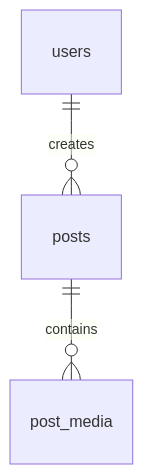
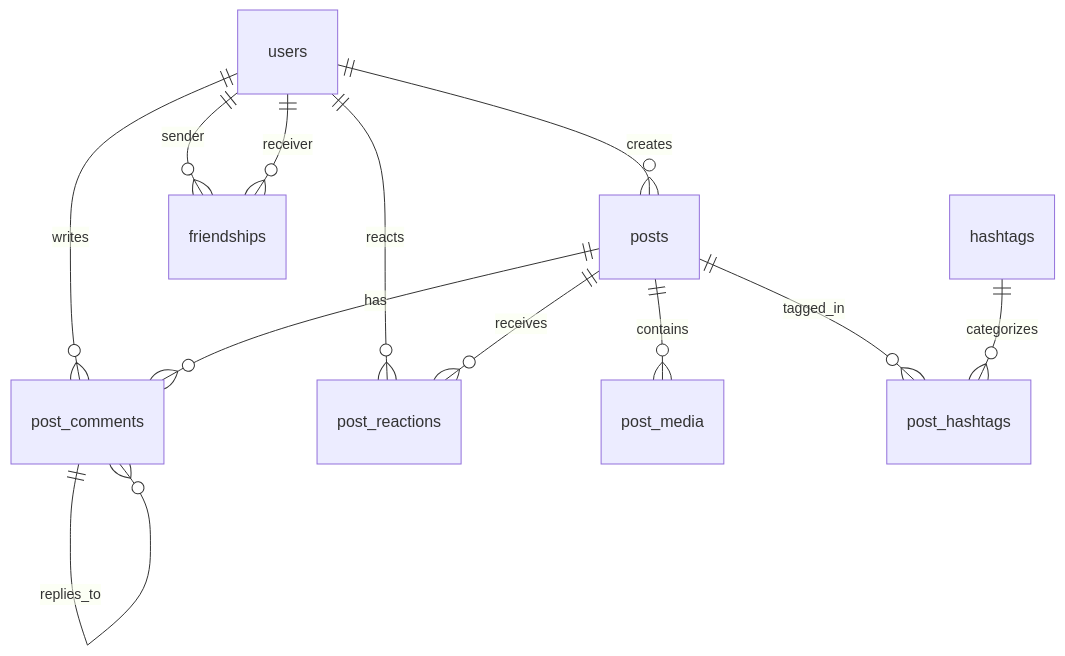
One commit to lannguyen151005/connexa_with_chatify changed the diagram in connexa_backend/chatify/docs/DATABASE_SCHEMA.md. Above: the diagram before and after it, drawn with Mermaid. The commit also changed other lines of this file and 1 other file, not shown here.

Commit message:
thêm tính năng tìm kiếm bài viết vào API_SPEC và DATABASE_SCHEMA

````diff
--- a/connexa_backend/chatify/docs/DATABASE_SCHEMA.md
+++ b/connexa_backend/chatify/docs/DATABASE_SCHEMA.md
@@ -21,5 +21,14 @@
 ```mermaid
 erDiagram
     users ||--o{ posts : "creates"
+    users ||--o{ post_comments : "writes"
+    users ||--o{ post_reactions : "reacts"
+    users ||--o{ friendships : "sender"
+    users ||--o{ friendships : "receiver"
     posts ||--o{ post_media : "contains"
+    posts ||--o{ post_comments : "has"
+    posts ||--o{ post_reactions : "receives"
+    posts ||--o{ post_hashtags : "tagged_in"
+    hashtags ||--o{ post_hashtags : "categorizes"
+    post_comments ||--o{ post_comments : "replies_to"
 ```
````
